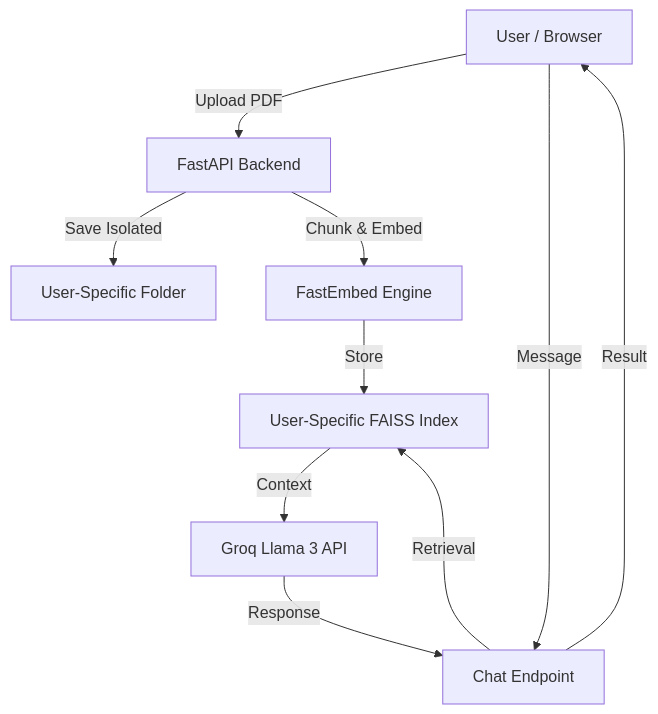
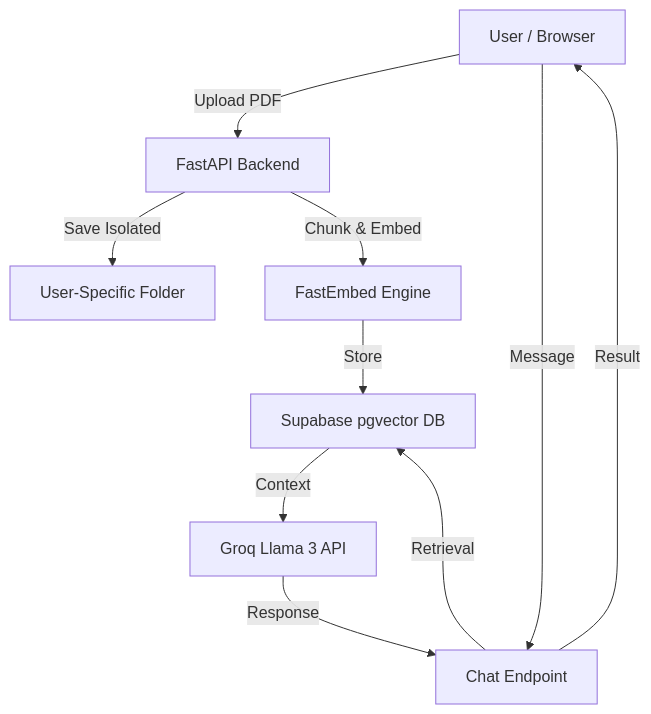
Before and after one commit to shahrozebaig/AI-DOC: the first of 2 diagrams in ARCHITECTURE.md, drawn with Mermaid. The commit also changed other lines of this file and 4 other files, not shown here.

````diff
--- a/ARCHITECTURE.md
+++ b/ARCHITECTURE.md
@@ -46,13 +59,13 @@
 ```mermaid
 graph TD
     User[User / Browser] -- Upload PDF --> API[FastAPI Backend]
     API -- Save Isolated --> Storage[User-Specific Folder]
     API -- Chunk & Embed --> FastEmbed[FastEmbed Engine]
-    FastEmbed -- Store --> FAISS[User-Specific FAISS Index]
+    FastEmbed -- Store --> Supabase[Supabase pgvector DB]
     
     User -- Message --> ChatAPI[Chat Endpoint]
-    ChatAPI -- Retrieval --> FAISS
-    FAISS -- Context --> LLM[Groq Llama 3 API]
+    ChatAPI -- Retrieval --> Supabase
+    Supabase -- Context --> LLM[Groq Llama 3 API]
     LLM -- Response --> ChatAPI
     ChatAPI -- Result --> User
 ```
````
